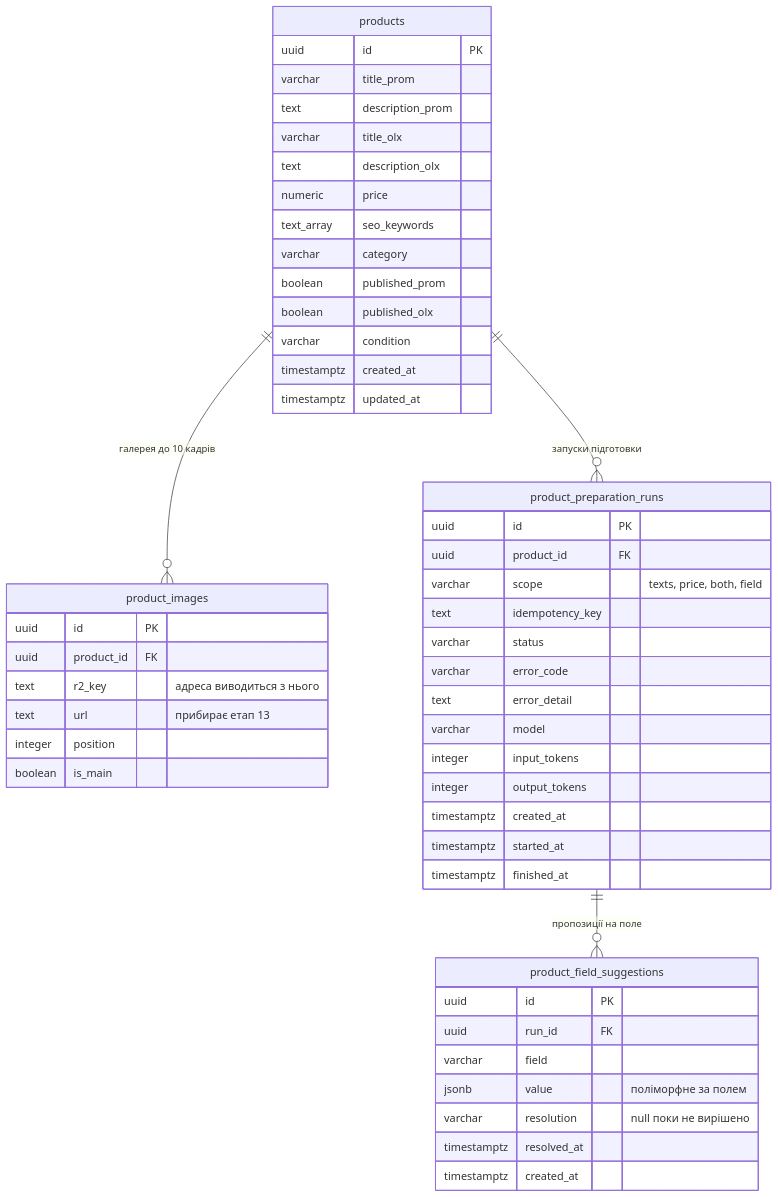
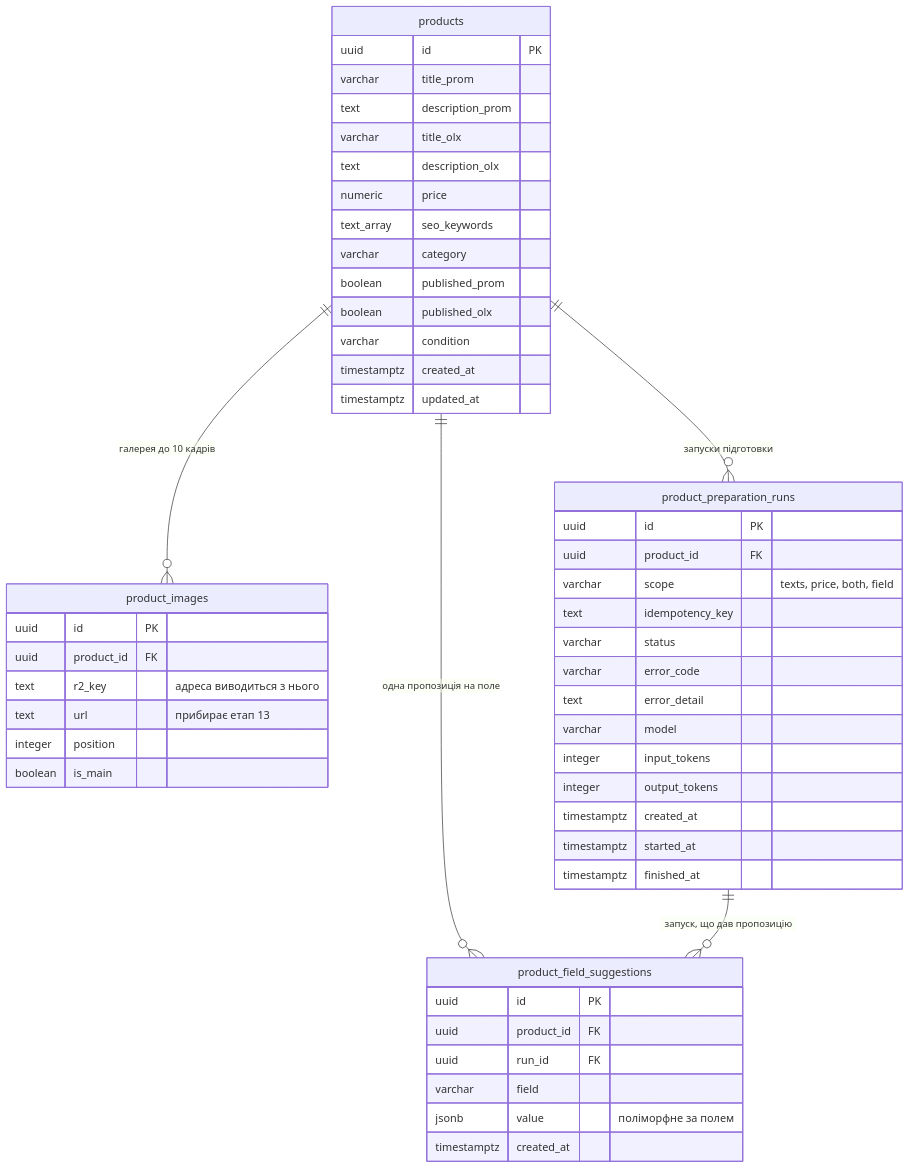
Before and after one commit to sergy-litkovskiy/mouse-springconsult: the diagram in docs/features/product-creation-flow/data-model.md, drawn with Mermaid. The commit also changed other lines of this file and 27 other files, not shown here.

First line of the commit message:
docs(product-creation-flow): keep one latest suggestion per field

````diff
--- a/docs/features/product-creation-flow/data-model.md
+++ b/docs/features/product-creation-flow/data-model.md
@@ -37,57 +37,57 @@
 ```mermaid
 erDiagram
     products ||--o{ product_images : "галерея до 10 кадрів"
     products ||--o{ product_preparation_runs : "запуски підготовки"
-    product_preparation_runs ||--o{ product_field_suggestions : "пропозиції на поле"
+    products ||--o{ product_field_suggestions : "одна пропозиція на поле"
+    product_preparation_runs ||--o{ product_field_suggestions : "запуск, що дав пропозицію"
 
     products {
         uuid id PK
         varchar title_prom
         text description_prom
         varchar title_olx
         text description_olx
         numeric price
         text_array seo_keywords
         varchar category
         boolean published_prom
         boolean published_olx
         varchar condition
         timestamptz created_at
         timestamptz updated_at
     }
 
     product_images {
         uuid id PK
         uuid product_id FK
         text r2_key "адреса виводиться з нього"
         text url "прибирає етап 13"
         integer position
         boolean is_main
     }
 
     product_preparation_runs {
         uuid id PK
         uuid product_id FK
         varchar scope "texts, price, both, field"
         text idempotency_key
         varchar status
         varchar error_code
         text error_detail
         varchar model
         integer input_tokens
         integer output_tokens
         timestamptz created_at
         timestamptz started_at
         timestamptz finished_at
     }
 
     product_field_suggestions {
         uuid id PK
+        uuid product_id FK
         uuid run_id FK
         varchar field
         jsonb value "поліморфне за полем"
-        varchar resolution "null поки не вирішено"
-        timestamptz resolved_at
         timestamptz created_at
     }
 ```
````
